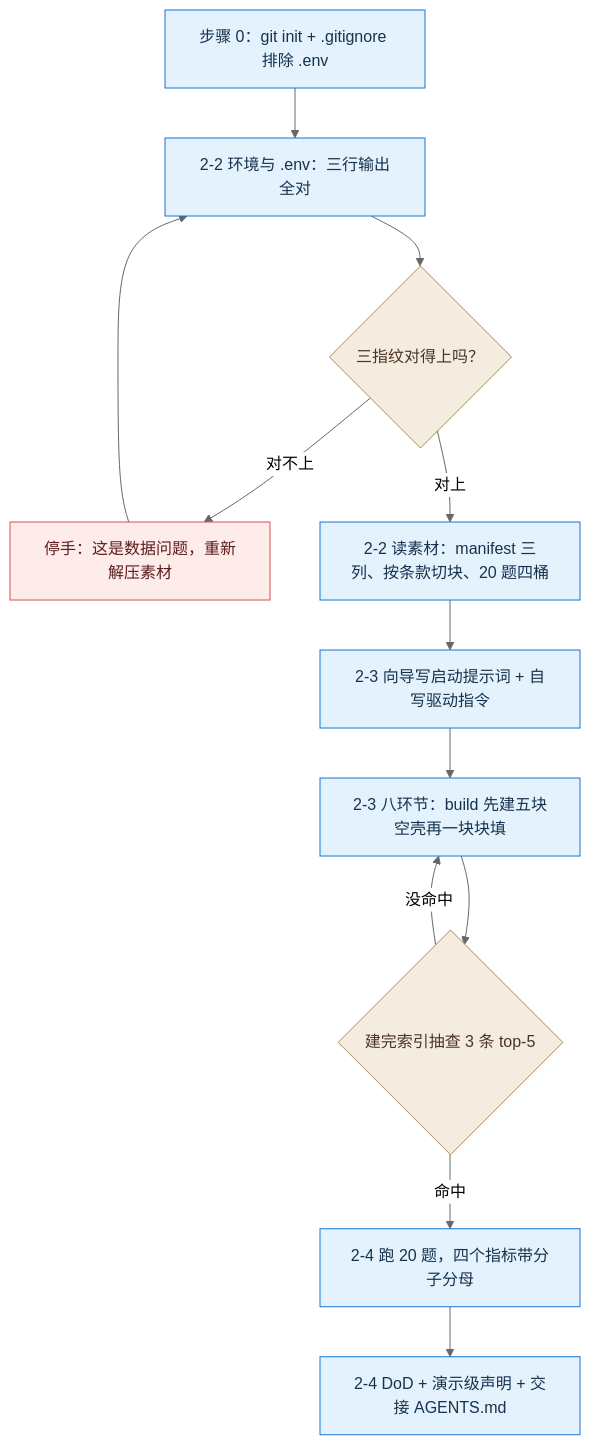
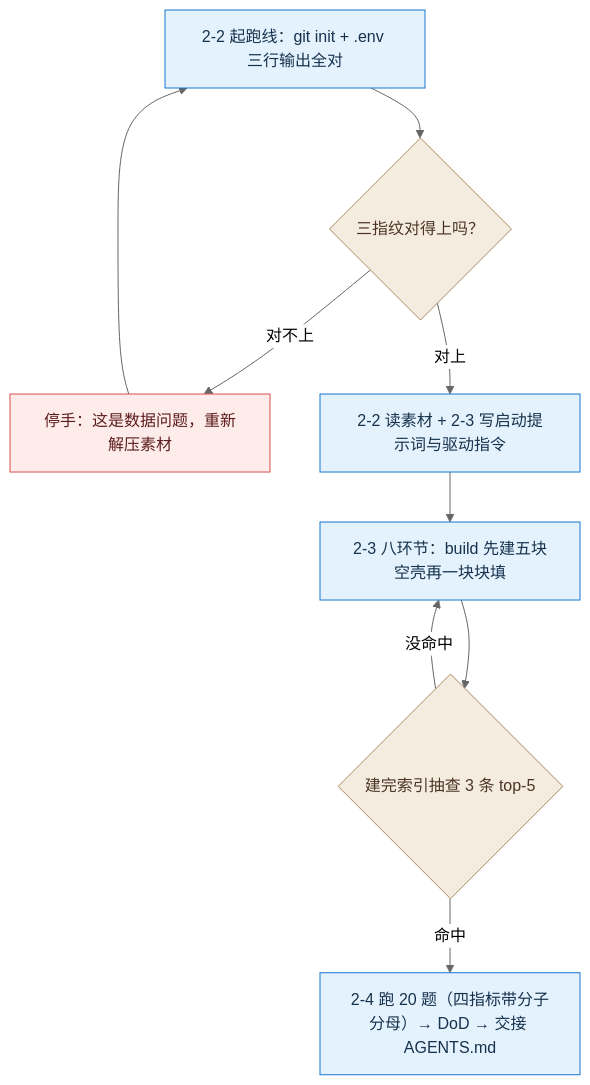
Before and after one commit to cloudzun/mingzhou: the third of 3 diagrams in content/02.md, drawn with Mermaid (neutral theme). The commit also changed 12 other files, not shown here.

Commit message:
content: 图 1-2 改左右两栏、图 5-2 合并节点、图 7-2 删图改引附录 8；第三篇加向导入口；首页卡片对齐新命名

````diff
--- a/content/02.md
+++ b/content/02.md
@@ -136,22 +136,17 @@
 ```mermaid
 flowchart TD
-  A["步骤 0：git init + .gitignore 排除 .env"] --> B["2-2 环境与 .env：三行输出全对"]
-  B --> B2{"三指纹对得上吗？"}
-  B2 -->|"对不上"| FIX["停手：这是数据问题，重新解压素材"]
-  FIX --> B
-  B2 -->|"对上"| C["2-2 读素材：manifest 三列、按条款切块、20 题四桶"]
-  C --> D["2-3 向导写启动提示词 + 自写驱动指令"]
-  D --> E["2-3 八环节：build 先建五块空壳再一块块填"]
-  E --> E2{"建完索引抽查 3 条 top-5"}
-  E2 -->|"没命中"| E
-  E2 -->|"命中"| F["2-4 跑 20 题，四个指标带分子分母"]
-  F --> G["2-4 DoD + 演示级声明 + 交接 AGENTS.md"]
+  A["2-2 起跑线：git init + .env 三行输出全对"] --> G1{"三指纹对得上吗？"}
+  G1 -->|"对不上"| FIX["停手：这是数据问题，重新解压素材"]
+  FIX --> A
+  G1 -->|"对上"| B["2-2 读素材 + 2-3 写启动提示词与驱动指令"]
+  B --> C["2-3 八环节：build 先建五块空壳再一块块填"]
+  C --> G2{"建完索引抽查 3 条 top-5"}
+  G2 -->|"没命中"| C
+  G2 -->|"命中"| D["2-4 跑 20 题（四指标带分子分母）→ DoD → 交接 AGENTS.md"]
 classDef blue fill:#e3f2fd,stroke:#1976d2,color:#17324d;
-classDef green fill:#e8f5e9,stroke:#388e3c,color:#1b4332;
 classDef red fill:#fdecea,stroke:#d94f4f,color:#5c1d1d;
 classDef warm fill:#f5ece0,stroke:#a8895f,color:#4a3525;
-classDef gray fill:#eceff1,stroke:#607d8b,color:#263238;
-  class A,B,C,D,E,F,G blue;
-  class B2,E2 warm;
+  class A,B,C,D blue;
+  class G1,G2 warm;
   class FIX red;
 ```
````
